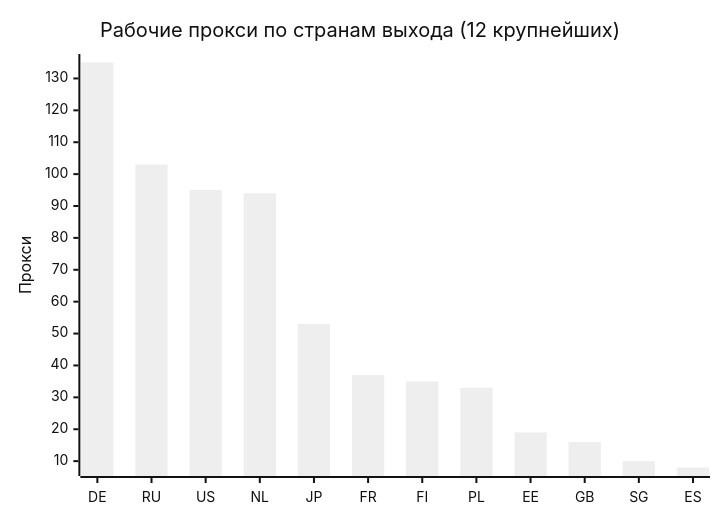
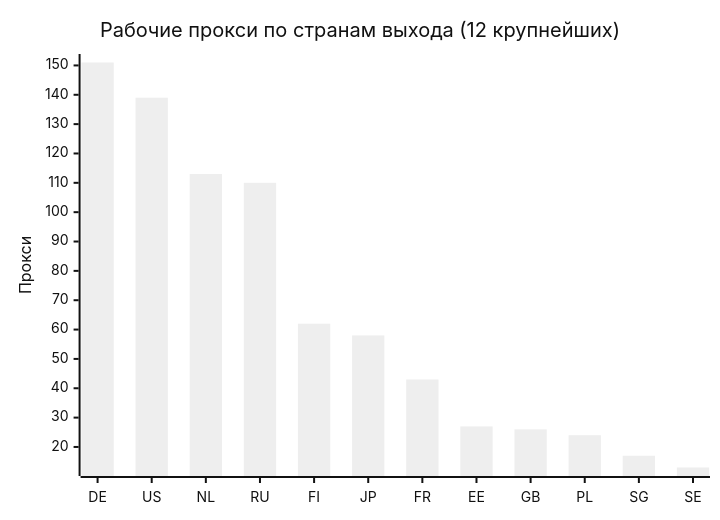
One commit to rvvg/proxy-subs changed the second of 4 diagrams in README.md. Above: the diagram before and after it, drawn with Mermaid (neutral theme). The commit also changed other lines of this file and 49 other files, not shown here.

````diff
--- a/README.md
+++ b/README.md
@@ -122,7 +132,7 @@
 ```mermaid
 xychart-beta
     title "Рабочие прокси по странам выхода (12 крупнейших)"
-    x-axis ["DE", "RU", "US", "NL", "JP", "FR", "FI", "PL", "EE", "GB", "SG", "ES"]
+    x-axis ["DE", "US", "NL", "RU", "FI", "JP", "FR", "EE", "GB", "PL", "SG", "SE"]
     y-axis "Прокси"
-    bar [135, 103, 95, 94, 53, 37, 35, 33, 19, 16, 10, 8]
+    bar [151, 139, 113, 110, 62, 58, 43, 27, 26, 24, 17, 13]
 ```
````
